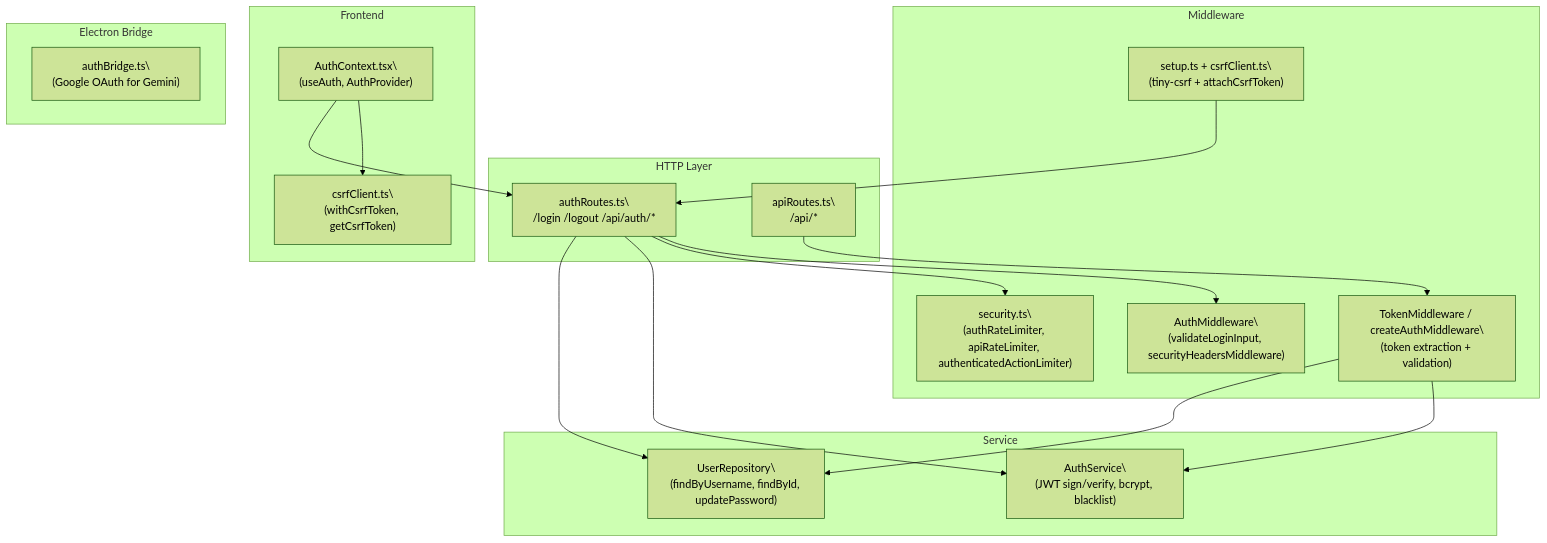
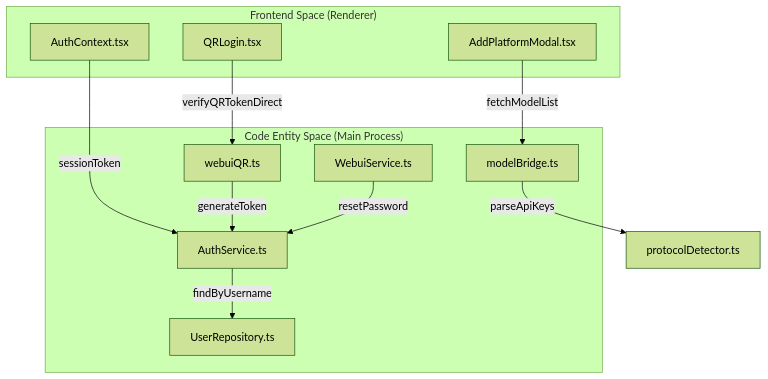
Before and after one commit to blackcater/zentree: the first of 2 diagrams in docs/iOfficeAI_AionUi/authentication.md, drawn with Mermaid (forest theme). The commit also changed other lines of this file and 232 other files, not shown here.

````diff
--- a/docs/iOfficeAI_AionUi/authentication.md
+++ b/docs/iOfficeAI_AionUi/authentication.md
@@ -55,50 +46,24 @@
 ```mermaid
 graph TD
-  subgraph "HTTP Layer"
-    AR["authRoutes.ts\
-/login /logout /api/auth/*"]
-    API["apiRoutes.ts\
-/api/*"]
+  subgraph "Frontend Space (Renderer)"
+    AC["AuthContext.tsx"]
+    QR["QRLogin.tsx"]
+    AM["AddPlatformModal.tsx"]
   end
 
-  subgraph "Middleware"
-    AM["AuthMiddleware\
-(validateLoginInput, securityHeadersMiddleware)"]
-    TM["TokenMiddleware / createAuthMiddleware\
-(token extraction + validation)"]
-    RL["security.ts\
-(authRateLimiter, apiRateLimiter, authenticatedActionLimiter)"]
-    CSRF["setup.ts + csrfClient.ts\
-(tiny-csrf + attachCsrfToken)"]
+  subgraph "Code Entity Space (Main Process)"
+    WS["WebuiService.ts"]
+    AS["AuthService.ts"]
+    UR["UserRepository.ts"]
+    WQR["webuiQR.ts"]
+    MB["modelBridge.ts"]
   end
 
-  subgraph "Service"
-    AS["AuthService\
-(JWT sign/verify, bcrypt, blacklist)"]
-    UR["UserRepository\
-(findByUsername, findById, updatePassword)"]
-  end
-
-  subgraph "Frontend"
-    AC["AuthContext.tsx\
-(useAuth, AuthProvider)"]
-    CC["csrfClient.ts\
-(withCsrfToken, getCsrfToken)"]
-  end
-
-  subgraph "Electron Bridge"
-    AB["authBridge.ts\
-(Google OAuth for Gemini)"]
-  end
-
-  AR --> AM
-  AR --> RL
-  AR --> AS
-  AR --> UR
-  API --> TM
-  TM --> AS
-  TM --> UR
-  CSRF --> AR
-  AC --> CC
-  AC --> AR
+  AC -- "sessionToken" --> AS
+  QR -- "verifyQRTokenDirect" --> WQR
+  WQR -- "generateToken" --> AS
+  AS -- "findByUsername" --> UR
+  WS -- "resetPassword" --> AS
+  AM -- "fetchModelList" --> MB
+  MB -- "parseApiKeys" --> PD["protocolDetector.ts"]
 ```
````
